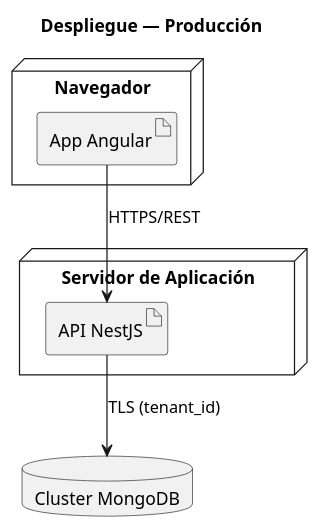
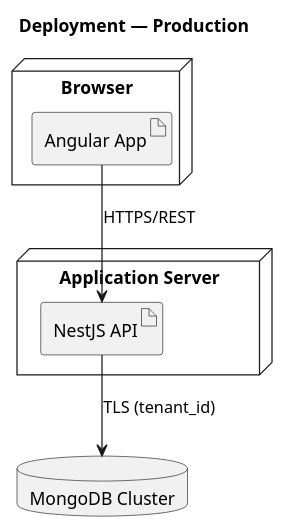
Before and after one commit to jose-korvusinc/finalproject-lidr-i4devs: the ninth of 9 diagrams in .claude/rules/plantuml-syntax.md, drawn with PlantUML. The commit also changed other lines of this file and 25 other files, not shown here.

Commit message:
Translate names and add analysis class diagram

````diff
--- a/.claude/rules/plantuml-syntax.md
+++ b/.claude/rules/plantuml-syntax.md
@@ -237,15 +237,15 @@
 ```plantuml
 @startuml
-title Despliegue — Producción
-node "Navegador" {
-  artifact "App Angular"
+title Deployment — Production
+node "Browser" {
+  artifact "Angular App"
 }
-node "Servidor de Aplicación" {
-  artifact "API NestJS"
+node "Application Server" {
+  artifact "NestJS API"
 }
-database "Cluster MongoDB" as mongo
+database "MongoDB Cluster" as mongo
 
-"App Angular" --> "API NestJS" : HTTPS/REST
-"API NestJS" --> mongo : TLS (tenant_id)
+"Angular App" --> "NestJS API" : HTTPS/REST
+"NestJS API" --> mongo : TLS (tenant_id)
 @enduml
 ```
````
